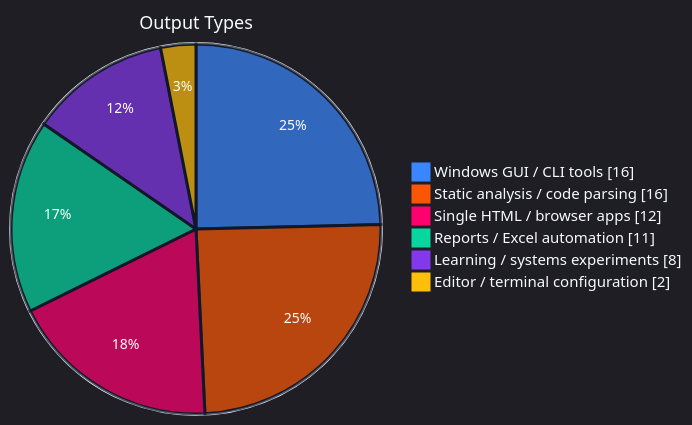
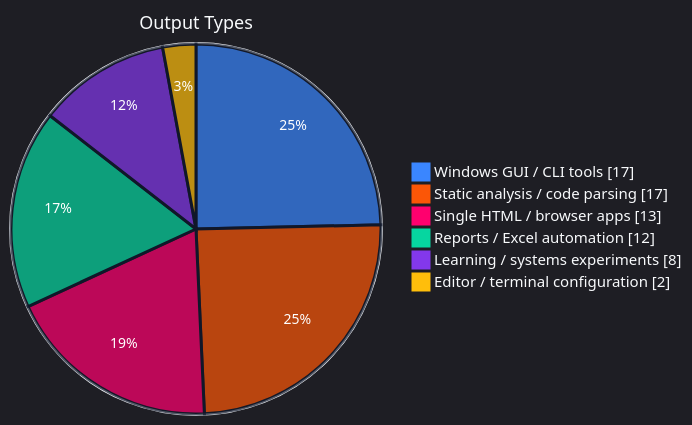
Before and after one commit to SSsan-00/SSsan-00: the second of 4 diagrams in README.md, drawn with Mermaid. The commit also changed other lines of this file and 2 other files, not shown here.

````diff
--- a/README.md
+++ b/README.md
@@ -56,11 +56,11 @@
 ```mermaid
 %%{init: {"theme":"dark","themeVariables":{"background":"#0f172a","mainBkg":"#0f172a","textColor":"#f8fafc","primaryTextColor":"#f8fafc","pieStrokeColor":"#0f172a","pieStrokeWidth":"3px","pieOuterStrokeColor":"#f8fafc","pieOuterStrokeWidth":"2px","pieTitleTextColor":"#f8fafc","pieTitleTextSize":"18px","pieLegendTextColor":"#f8fafc","pieLegendTextSize":"15px","pieSectionTextColor":"#ffffff","pieSectionTextSize":"14px","pie1":"#3a86ff","pie2":"#fb5607","pie3":"#ff006e","pie4":"#06d6a0","pie5":"#8338ec","pie6":"#ffbe0b"}}}%%
 pie showData
   title Output Types
-  "Windows GUI / CLI tools" : 16
-  "Static analysis / code parsing" : 16
-  "Single HTML / browser apps" : 12
-  "Reports / Excel automation" : 11
+  "Windows GUI / CLI tools" : 17
+  "Static analysis / code parsing" : 17
+  "Single HTML / browser apps" : 13
+  "Reports / Excel automation" : 12
   "Learning / systems experiments" : 8
   "Editor / terminal configuration" : 2
 ```
````
